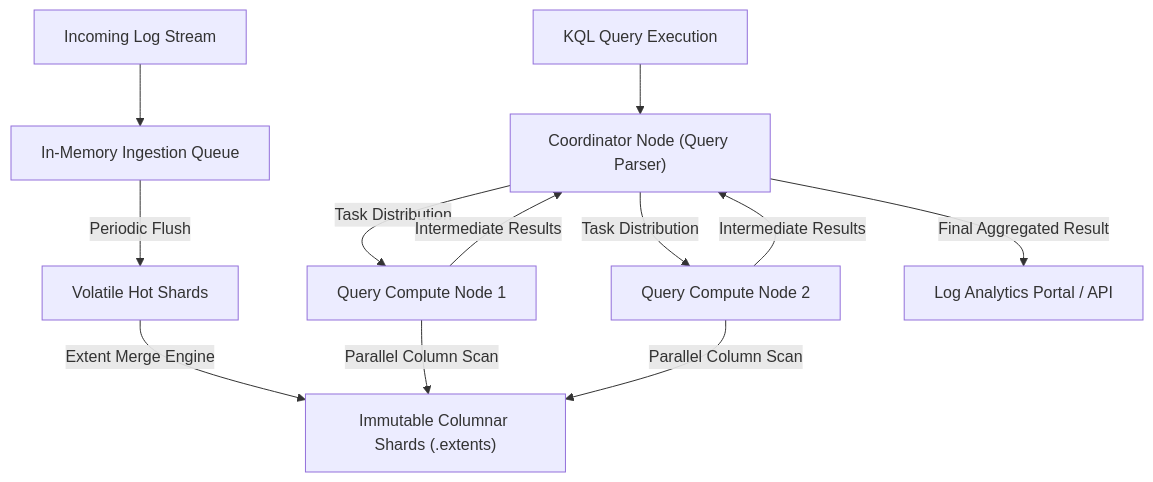
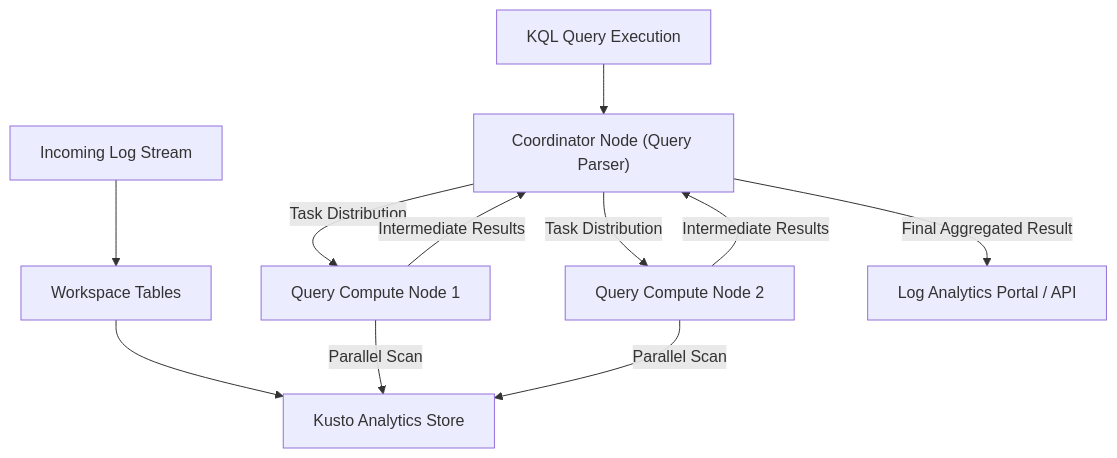
One commit to senlinyy/dev-roadmaps changed the first of 3 diagrams in cloud-providers/azure/observability/logs-and-workspaces.md. Above: the diagram before and after it, drawn with Mermaid. The commit also changed other lines of this file and 530 other files, not shown here.

````diff
--- a/cloud-providers/azure/observability/logs-and-workspaces.md
+++ b/cloud-providers/azure/observability/logs-and-workspaces.md
@@ -41,17 +41,16 @@
 ```mermaid
 flowchart TD
-    LogStream["Incoming Log Stream"] --> IngestQueue["In-Memory Ingestion Queue"]
-    IngestQueue -->|"Periodic Flush"| HotShards["Volatile Hot Shards"]
-    HotShards -->|"Extent Merge Engine"| ColumnarStorage["Immutable Columnar Shards (.extents)"]
-    
+    LogStream["Incoming Log Stream"] --> Tables["Workspace Tables"]
+    Tables --> ColumnarStorage["Kusto Analytics Store"]
+
     Query["KQL Query Execution"] --> Coordinator["Coordinator Node (Query Parser)"]
     Coordinator -->|"Task Distribution"| Worker1["Query Compute Node 1"]
     Coordinator -->|"Task Distribution"| Worker2["Query Compute Node 2"]
-    
-    Worker1 -->|"Parallel Column Scan"| ColumnarStorage
-    Worker2 -->|"Parallel Column Scan"| ColumnarStorage
-    
+
+    Worker1 -->|"Parallel Scan"| ColumnarStorage
+    Worker2 -->|"Parallel Scan"| ColumnarStorage
+
     Worker1 -->|"Intermediate Results"| Coordinator
     Worker2 -->|"Intermediate Results"| Coordinator
     Coordinator -->|"Final Aggregated Result"| UI["Log Analytics Portal / API"]
 ```
````
